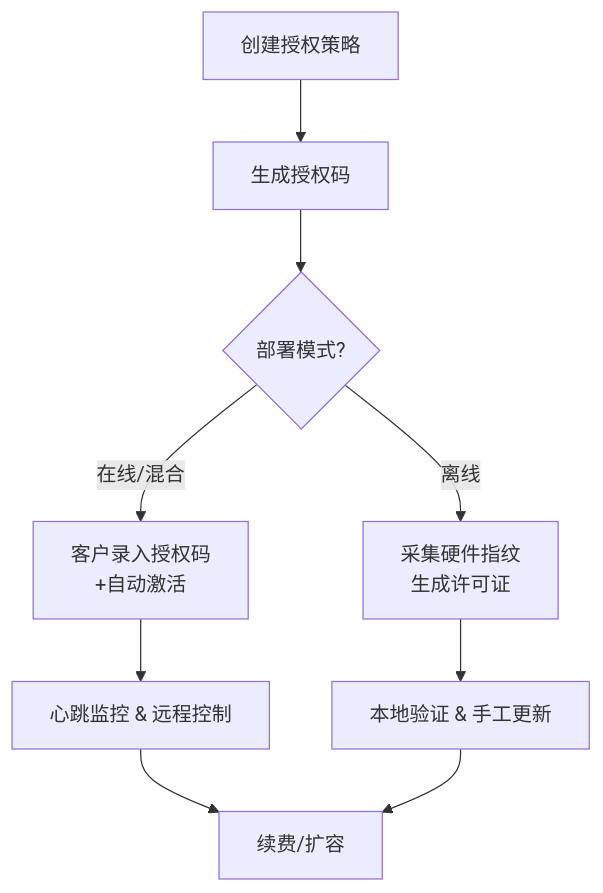
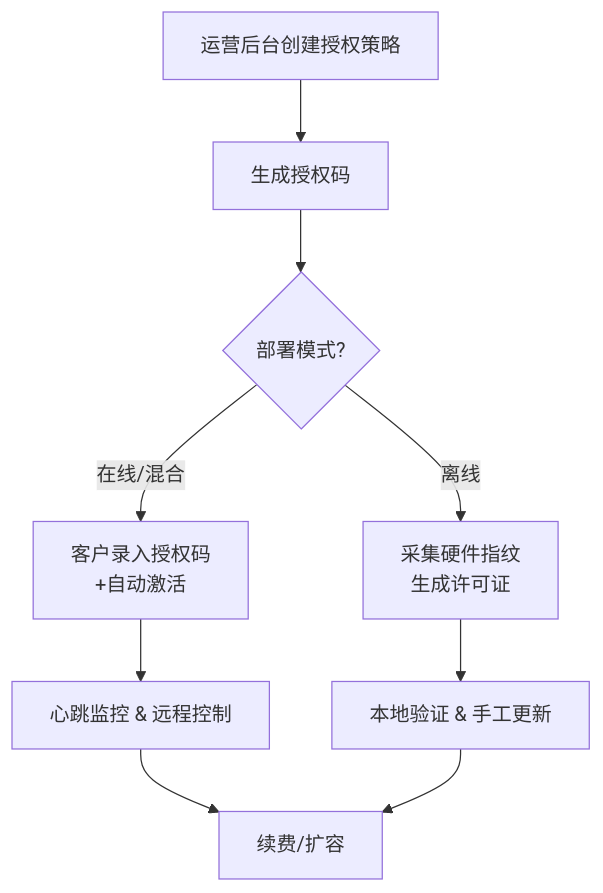
One commit to cedar-v/license-manager-docs changed the first of 2 diagrams in docs/guide/operating_guide.md. Above: the diagram before and after it, drawn with Mermaid. The commit also changed other lines of this file and 8 other files, not shown here.

````diff
--- a/docs/guide/operating_guide.md
+++ b/docs/guide/operating_guide.md
@@ -16,11 +20,11 @@
 ```mermaid
 graph TD
-    A[创建授权策略] --> B[生成授权码]
+    A[运营后台创建授权策略] --> B[生成授权码]
     B --> C{部署模式?}
     C -->|在线/混合| D[客户录入授权码<br/>+自动激活]
     C -->|离线| E[采集硬件指纹<br/>生成许可证]
     D --> F[心跳监控 & 远程控制]
     E --> G[本地验证 & 手工更新]
     F --> H[续费/扩容]
     G --> H
 ```
````
